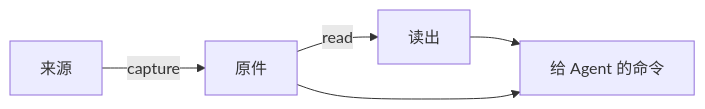
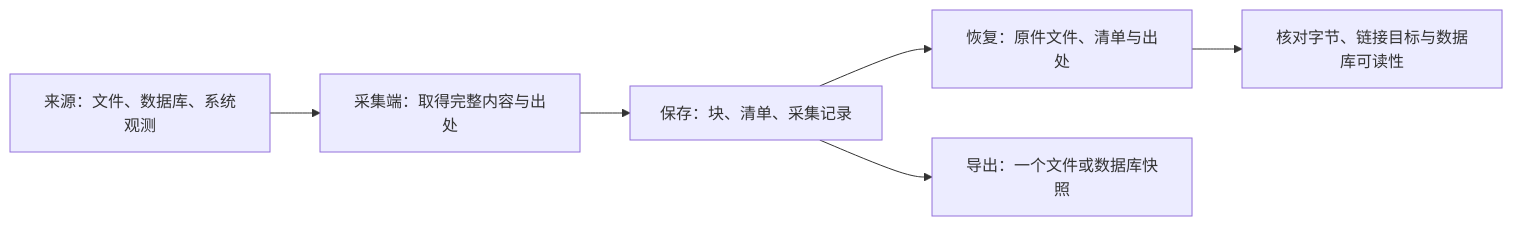
The diagram in src/Docs/Orisumi.Docs/content/docs/model/index.mdx (shenxianovo/Orisumi), drawn with Mermaid before and after one commit. The commit also changed other lines of this file and 119 other files, not shown here.

First line of the commit message:
feat(capture): add raw capture, recovery, and foreground observations

````diff
--- a/src/Docs/Orisumi.Docs/content/docs/model/index.mdx
+++ b/src/Docs/Orisumi.Docs/content/docs/model/index.mdx
@@ -14,7 +8,8 @@
 ```mermaid
 flowchart LR
-  source["来源"] -->|capture| raw["原件"]
-  raw -->|read| reading["读出"]
-  reading --> context["给 Agent 的命令"]
-  raw --> context
+  source["来源：文件、数据库、系统观测"] --> collector["采集端：取得完整内容与出处"]
+  collector --> raw["保存：块、清单、采集记录"]
+  raw --> restore["恢复：原件文件、清单与出处"]
+  raw --> export["导出：一个文件或数据库快照"]
+  restore --> check["核对字节、链接目标与数据库可读性"]
 ```
````
